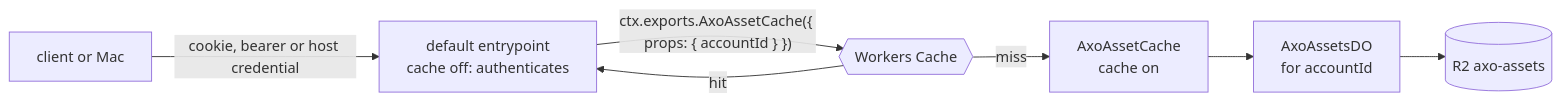
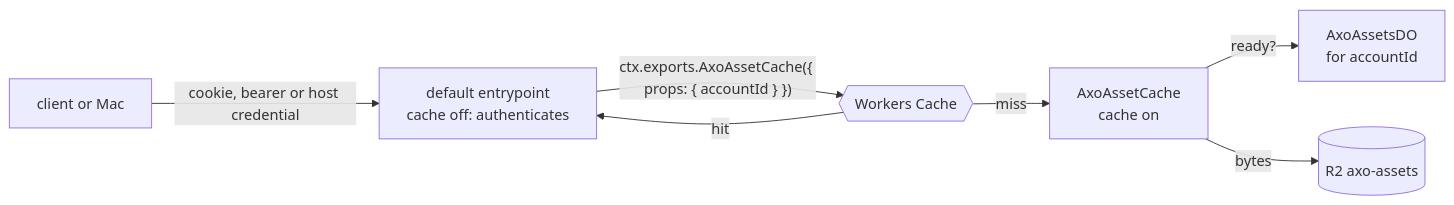
One commit to leostera/axo changed the diagram in docs/rfds/RFD0030-assets.md. Above: the diagram before and after it, drawn with Mermaid. The commit also changed other lines of this file and 2 other files, not shown here.

Commit message:
docs: RFD0030 assets: specs for reads, deletes and quota, and what they found (RFD0030)

````diff
--- a/docs/rfds/RFD0030-assets.md
+++ b/docs/rfds/RFD0030-assets.md
@@ -75,9 +78,9 @@
 ```mermaid
 flowchart LR
   C[client or Mac] -->|cookie, bearer or host credential| G[default entrypoint<br/>cache off: authenticates]
   G -->|"ctx.exports.AxoAssetCache({ props: { accountId } })"| WC{{Workers Cache}}
   WC -->|hit| G
   WC -->|miss| E[AxoAssetCache<br/>cache on]
-  E --> DO[AxoAssetsDO<br/>for accountId]
-  DO --> R2[(R2 axo-assets)]
+  E -->|ready?| DO[AxoAssetsDO<br/>for accountId]
+  E -->|bytes| R2[(R2 axo-assets)]
 ```
````
